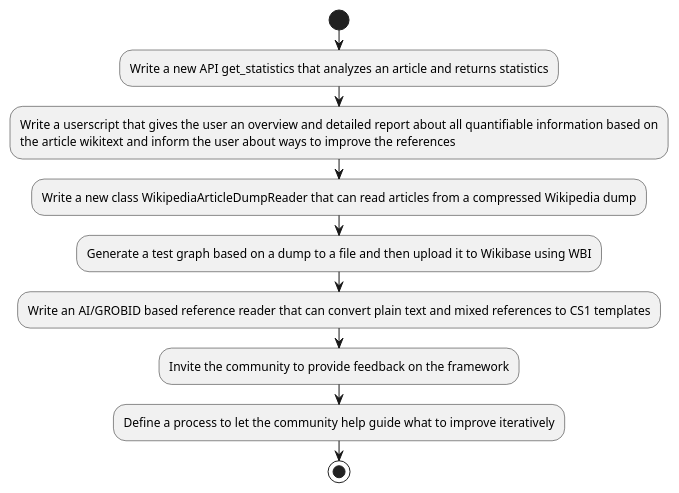
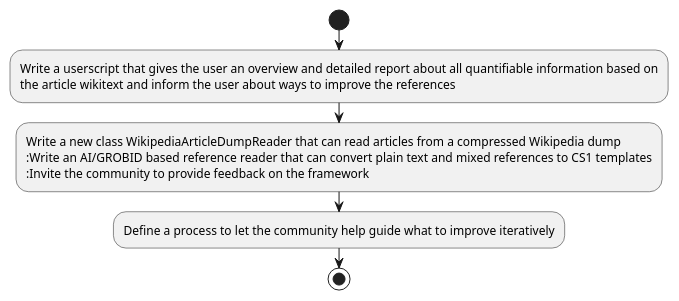
The diagram in diagrams/roadmap.puml (internetarchive/iari), drawn with PlantUML before and after one commit.

Commit message:
README.md: Remove old diagrams roadmap.puml: Update to new design 2 modified 4 deleted

```diff
--- a/diagrams/roadmap.puml
+++ b/diagrams/roadmap.puml
@@ -1,15 +1,13 @@
 @startuml
 'https://plantuml.com/activity-diagram-beta
 
 start
-:Write a new API get_statistics that analyzes an article and returns statistics;
 :Write a userscript that gives the user an overview and detailed report about all quantifiable information based on
 the article wikitext and inform the user about ways to improve the references;
-:Write a new class WikipediaArticleDumpReader that can read articles from a compressed Wikipedia dump;
-:Generate a test graph based on a dump to a file and then upload it to Wikibase using WBI;
-:Write an AI/GROBID based reference reader that can convert plain text and mixed references to CS1 templates;
+:Write a new class WikipediaArticleDumpReader that can read articles from a compressed Wikipedia dump
+:Write an AI/GROBID based reference reader that can convert plain text and mixed references to CS1 templates
 :Invite the community to provide feedback on the framework;
 :Define a process to let the community help guide what to improve iteratively;
 stop
 
 @enduml
```
